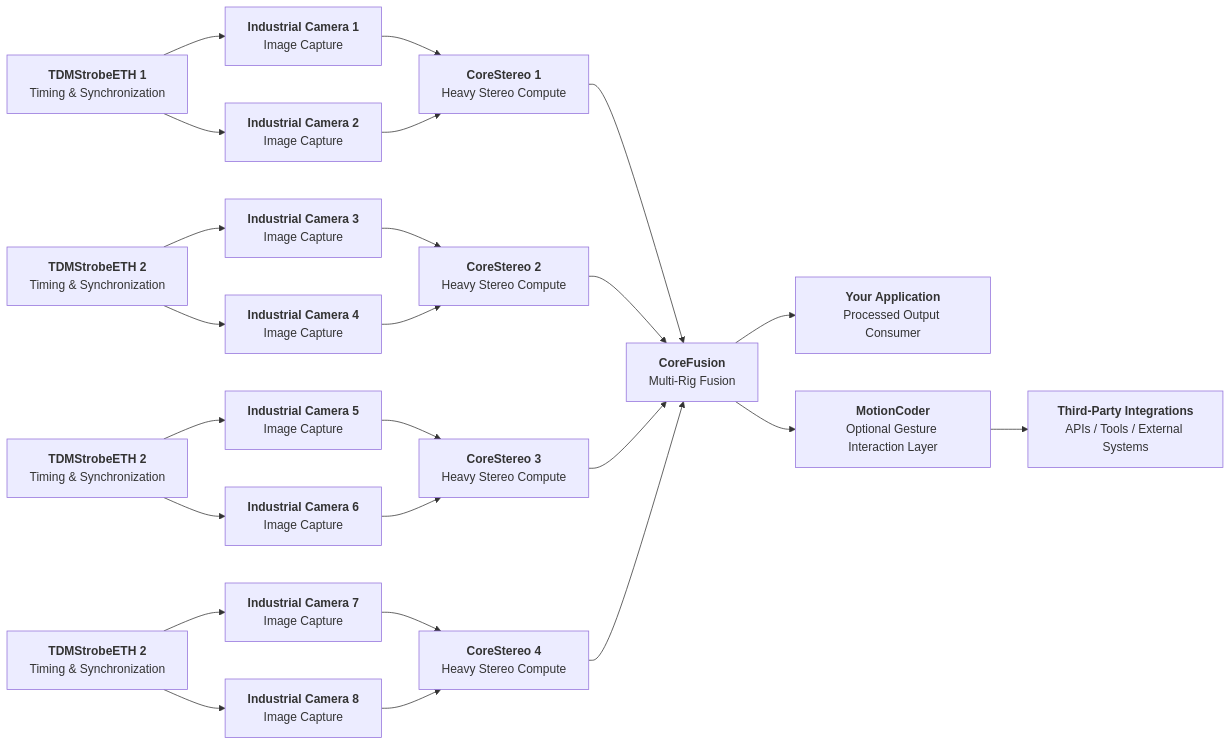
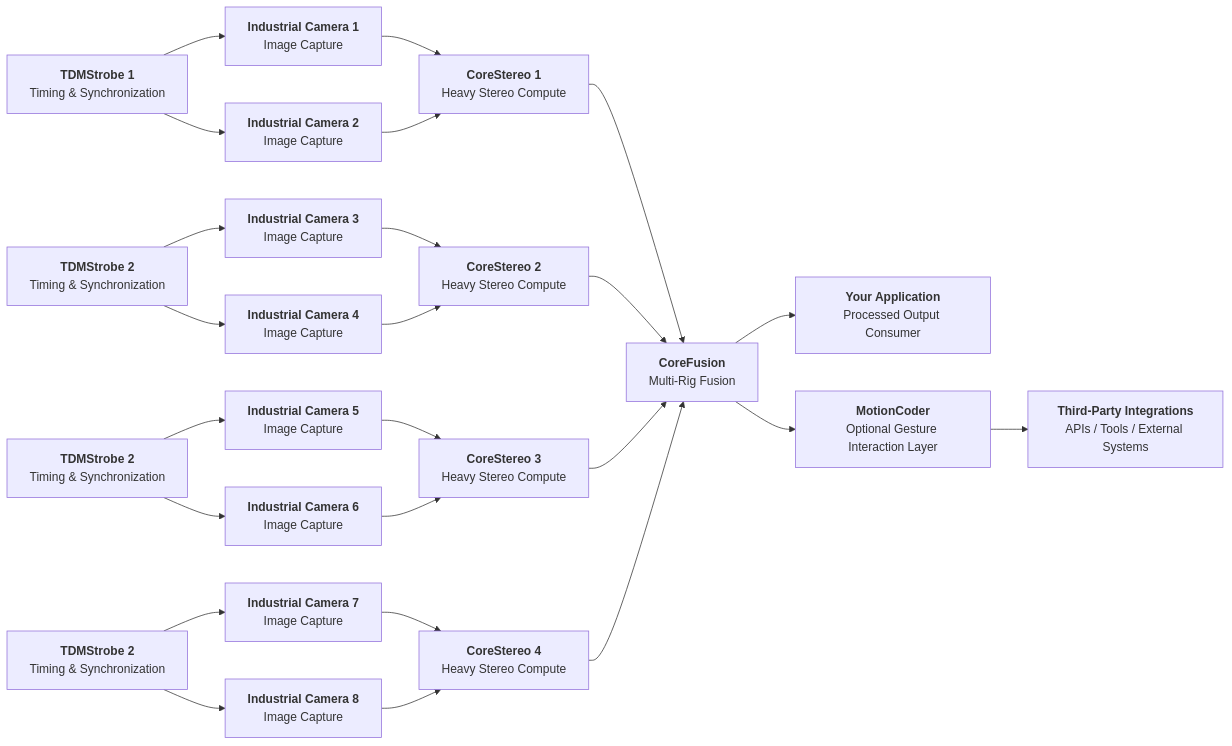
Before and after one commit to edgetrackorg/overview: the fourth of 4 diagrams in README.md, drawn with Mermaid. The commit also changed other lines of this file, not shown here.

````diff
--- a/README.md
+++ b/README.md
@@ -136,59 +136,59 @@
 ```mermaid
 flowchart LR
-    A1[<strong>TDMStrobeETH 1</strong><br/>Timing & Synchronization]
-    A2[<strong>TDMStrobeETH 2</strong><br/>Timing & Synchronization]
-    A3[<strong>TDMStrobeETH 2</strong><br/>Timing & Synchronization]
-    A4[<strong>TDMStrobeETH 2</strong><br/>Timing & Synchronization]
+    A1[<strong>TDMStrobe 1</strong><br/>Timing & Synchronization]
+    A2[<strong>TDMStrobe 2</strong><br/>Timing & Synchronization]
+    A3[<strong>TDMStrobe 2</strong><br/>Timing & Synchronization]
+    A4[<strong>TDMStrobe 2</strong><br/>Timing & Synchronization]
 
     B1[<strong>Industrial Camera 1</strong><br/>Image Capture]
     B2[<strong>Industrial Camera 2</strong><br/>Image Capture]
     B3[<strong>Industrial Camera 3</strong><br/>Image Capture]
     B4[<strong>Industrial Camera 4</strong><br/>Image Capture]
     B5[<strong>Industrial Camera 5</strong><br/>Image Capture]
     B6[<strong>Industrial Camera 6</strong><br/>Image Capture]
     B7[<strong>Industrial Camera 7</strong><br/>Image Capture]
     B8[<strong>Industrial Camera 8</strong><br/>Image Capture]
     
     C1[<strong>CoreStereo 1</strong><br/>Heavy Stereo Compute]
     C2[<strong>CoreStereo 2</strong><br/>Heavy Stereo Compute]
     C3[<strong>CoreStereo 3</strong><br/>Heavy Stereo Compute]  
     C4[<strong>CoreStereo 4</strong><br/>Heavy Stereo Compute]      
 
     D[<strong>CoreFusion</strong><br/>Multi-Rig Fusion]
     E[<strong>Your Application</strong><br/>Processed Output Consumer]
     F[<strong>MotionCoder</strong><br/>Optional Gesture Interaction Layer]
     G[<strong>Third-Party Integrations</strong><br/>APIs / Tools / External Systems]
 
     A1 --> B1
     A1 --> B2
 
     A2 --> B3
     A2 --> B4
 
     A3 --> B5
     A3 --> B6
 
     A4 --> B7
     A4 --> B8
 
     B1 --> C1
     B2 --> C1
 
     B3 --> C2
     B4 --> C2
 
     B5 --> C3
     B6 --> C3
 
     B7 --> C4
     B8 --> C4
 
     C1 --> D
     C2 --> D
     C3 --> D
     C4 --> D
 
     D --> E
     D --> F
     F --> G
 ```
````
